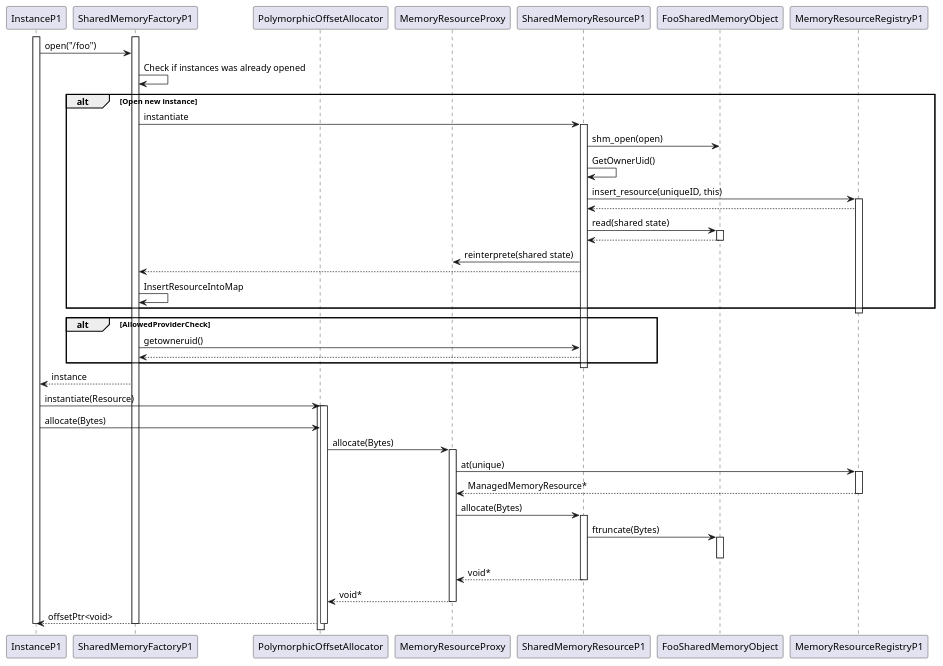
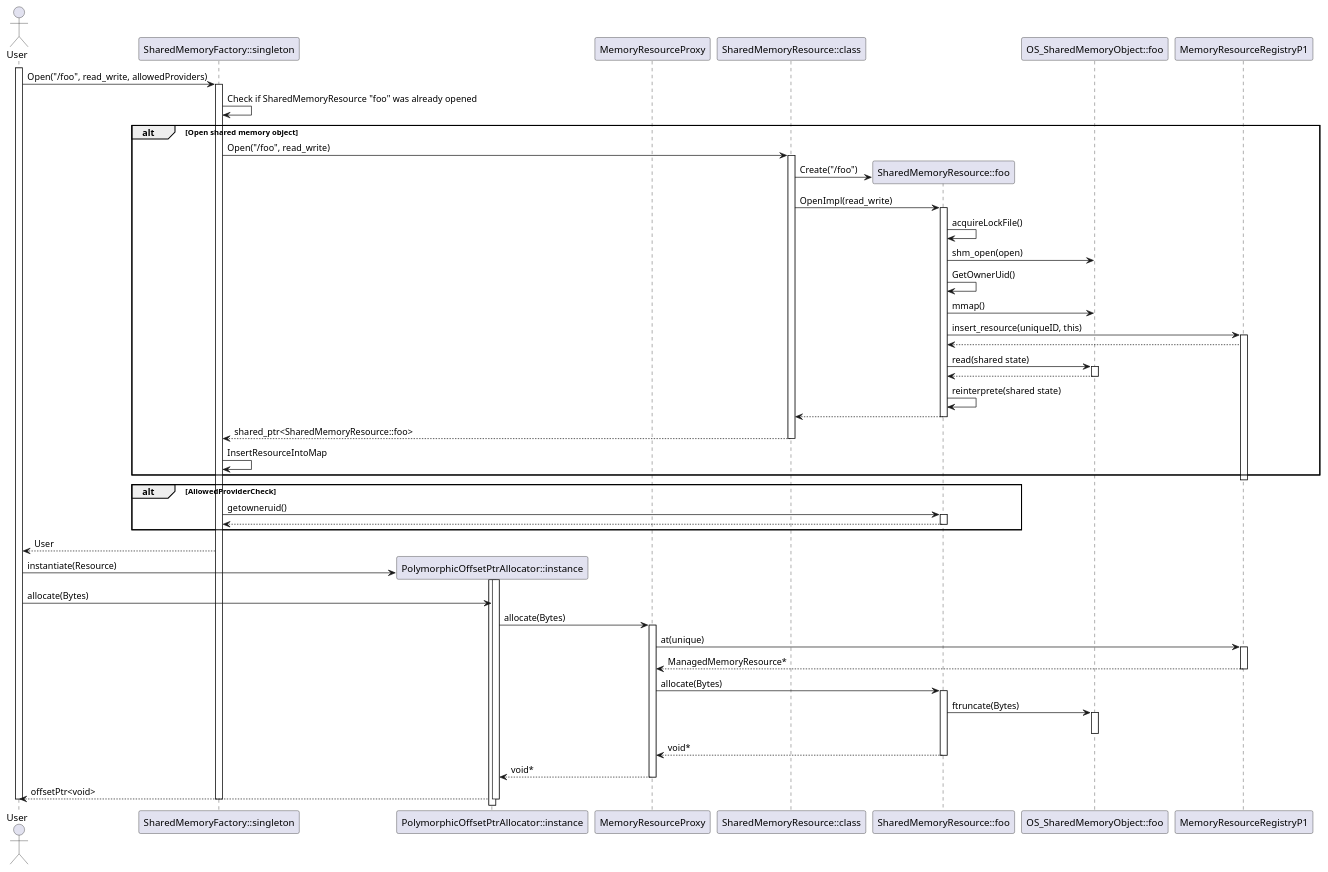
Before and after one commit to eclipse-score/communication: the diagram in score/memory/shared/design/memory_allocation_workflow_seq.puml, drawn with PlantUML. The commit also changed 10 other files, not shown here.

First line of the commit message:
memory/shared: safety sentinel

```diff
--- a/score/memory/shared/design/memory_allocation_workflow_seq.puml
+++ b/score/memory/shared/design/memory_allocation_workflow_seq.puml
@@ -14,89 +14,103 @@
 @startuml memory_allocation_workflow_seq
 ' Sequence diagram for memory allocation workflow
 
-participant InstanceP1 as Instance
-participant SharedMemoryFactoryP1 as Factory
-participant PolymorphicOffsetAllocator as Allocator
+actor User as User
+participant "SharedMemoryFactory::singleton" as Factory
+participant "PolymorphicOffsetPtrAllocator::instance" as Allocator
 participant MemoryResourceProxy as Proxy
-participant SharedMemoryResourceP1 as Resource
-participant FooSharedMemoryObject as FooObject
+participant "SharedMemoryResource::class" as ResourceStatic
+participant "SharedMemoryResource::foo" as Resource
+participant "OS_SharedMemoryObject::foo" as FooObject
 participant MemoryResourceRegistryP1 as Registry
 
 
-activate Instance
+activate User
+User -> Factory: Open("/foo", read_write, allowedProviders)
 activate Factory
-Instance -> Factory: open("/foo")
-Factory -> Factory: Check if instances was already opened
+Factory -> Factory: Check if SharedMemoryResource "foo" was already opened
 
 
-alt Open new instance
-    Factory -> Resource: instantiate
+alt Open shared memory object
+    Factory -> ResourceStatic: Open("/foo", read_write)
+    activate ResourceStatic
+    create Resource
+    ResourceStatic -> Resource : Create("/foo")
+    ResourceStatic -> Resource: OpenImpl(read_write)
     activate Resource
+    Resource -> Resource: acquireLockFile()
     Resource -> FooObject: shm_open(open)
 
     Resource -> Resource: GetOwnerUid()
+
+    Resource -> FooObject: mmap()
 
     Resource -> Registry: insert_resource(uniqueID, this)
     activate Registry
     Registry --> Resource
 
 
     Resource -> FooObject: read(shared state)
     activate FooObject
     FooObject --> Resource
     deactivate FooObject
 
-    Resource -> Proxy: reinterprete(shared state)
+    Resource -> Resource: reinterprete(shared state)
+    Resource --> ResourceStatic
+    deactivate Resource
 
-    Resource --> Factory
+    ResourceStatic --> Factory : shared_ptr<SharedMemoryResource::foo>
+    deactivate ResourceStatic
 
     Factory -> Factory: InsertResourceIntoMap
 
 end
 
 
 deactivate Registry
 
 
 alt AllowedProviderCheck
     Factory-> Resource: getowneruid()
+    activate Resource
     Resource --> Factory
+    deactivate Resource
 
 end
 deactivate Resource
 
-Factory --> Instance: instance
+Factory --> User: User
 
-Instance -> Allocator: instantiate(Resource)
+create Allocator
+User -> Allocator: instantiate(Resource)
 activate Allocator
 activate Allocator
-Instance -> Allocator: allocate(Bytes)
+User -> Allocator: allocate(Bytes)
 Allocator -> Proxy: allocate(Bytes)
 activate Proxy
 Proxy -> Registry: at(unique)
 activate Registry
 Registry --> Proxy: ManagedMemoryResource*
 deactivate Registry
 
 Proxy -> Resource: allocate(Bytes)
 activate Resource
 Resource -> FooObject: ftruncate(Bytes)
 activate FooObject
 deactivate FooObject
 
 Resource --> Proxy: void*
 deactivate Resource
 
 Proxy --> Allocator: void*
 deactivate Proxy
 
-Allocator --> Instance: offsetPtr<void>
+Allocator --> User: offsetPtr<void>
 deactivate Allocator
 
 
 
 
 
 deactivate Factory
-deactivate Instance
+deactivate User
 @enduml
```
